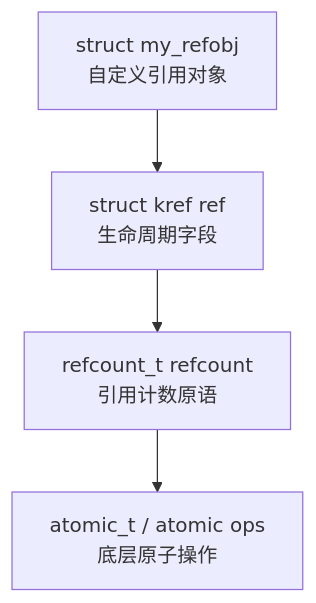
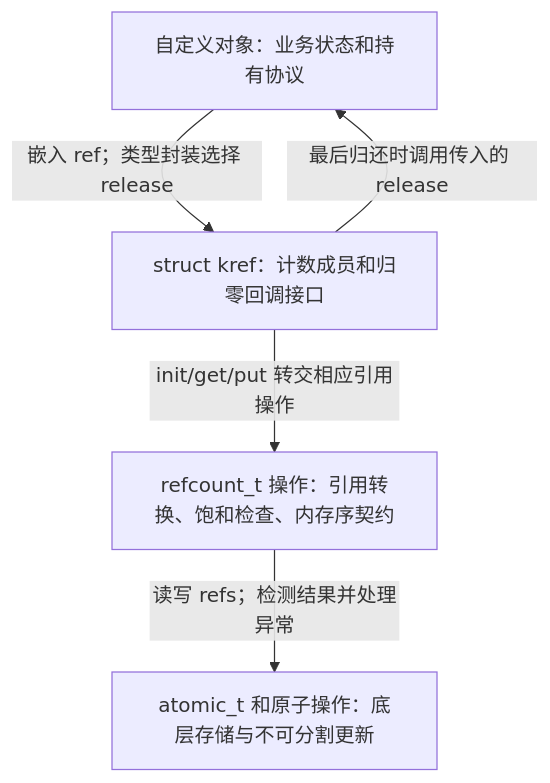
Before and after one commit to FormingSystem/linux_note: the first of 4 diagrams in knowledge/linux/object_lifetime/kref/P02_源码入口与结构定义.md, drawn with Mermaid. The commit also changed other lines of this file and 10 other files, not shown here.

````diff
--- a/knowledge/linux/object_lifetime/kref/P02_源码入口与结构定义.md
+++ b/knowledge/linux/object_lifetime/kref/P02_源码入口与结构定义.md
@@ -226,11 +194,11 @@
 ```mermaid
-graph TD
-	my_refobj["struct my_refobj<br/>自定义引用对象"]
-	kref["struct kref ref<br/>生命周期字段"]
-	refcount["refcount_t refcount<br/>引用计数原语"]
-	atomic["atomic_t / atomic ops<br/>底层原子操作"]
-
-	my_refobj --> kref
-	kref --> refcount
-	refcount --> atomic
+flowchart TD
+    object["自定义对象：业务状态和持有协议"]
+    kref["struct kref：计数成员和归零回调接口"]
+    refcount["refcount_t 操作：引用转换、饱和检查、内存序契约"]
+    atomic["atomic_t 和原子操作：底层存储与不可分割更新"]
+    object -->|"嵌入 ref；类型封装选择 release"| kref
+    kref -->|"init/get/put 转交相应引用操作"| refcount
+    refcount -->|"读写 refs；检测结果并处理异常"| atomic
+    kref -->|"最后归还时调用传入的 release"| object
 ```
````
